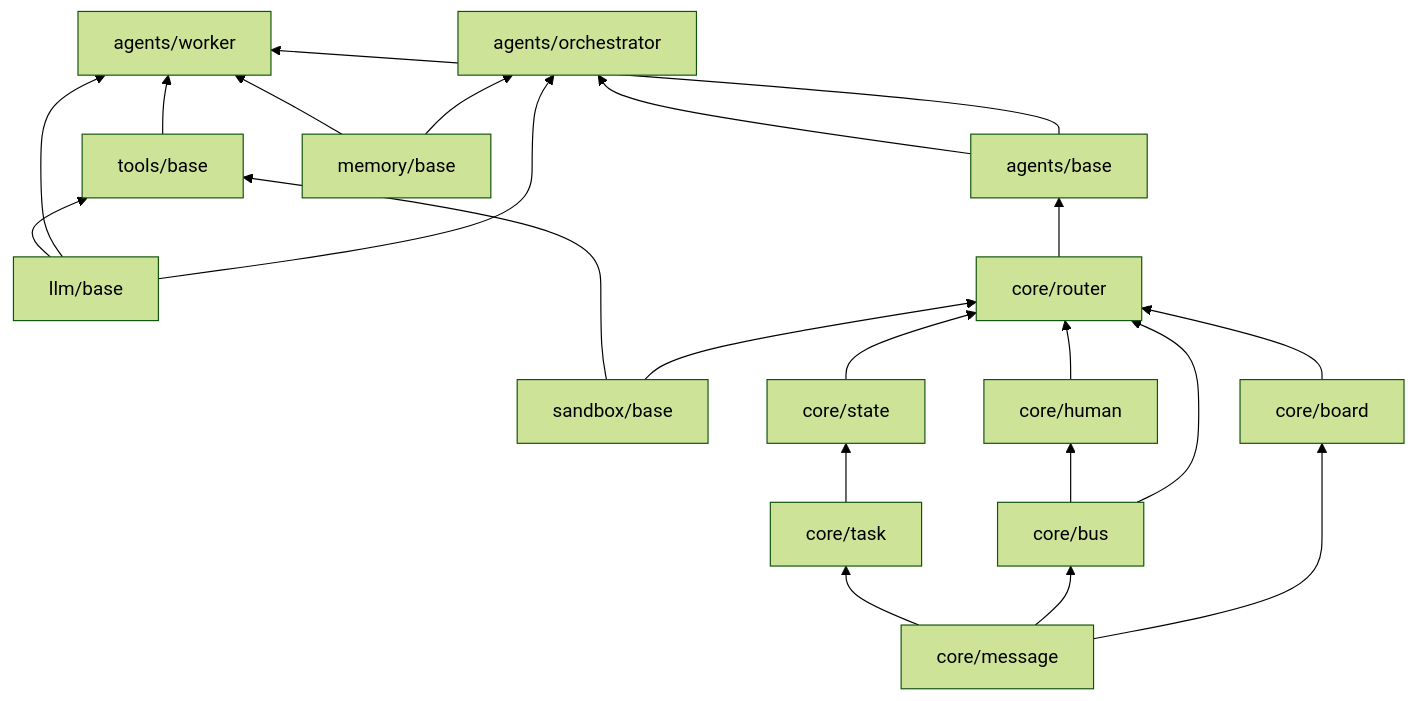
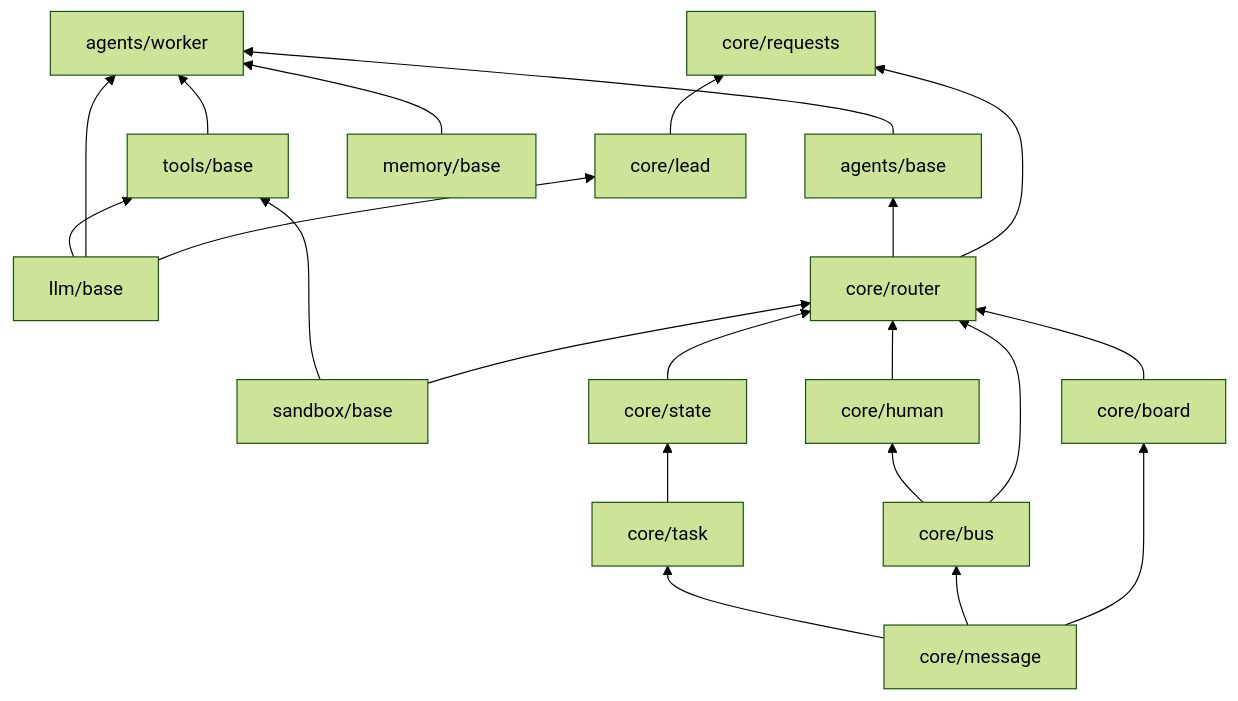
The diagram in docs/interfaces.md (Old-Older/Multi-Agent-Project), drawn with Mermaid (forest theme) before and after one commit. The commit also changed other lines of this file and 7 other files, not shown here.

First line of the commit message:
docs: write the architecture document and bring the other docs up to date

````diff
--- a/docs/interfaces.md
+++ b/docs/interfaces.md
@@ -37,16 +40,16 @@
 ```mermaid
 flowchart BT
     msg[core/message] --> task[core/task]
     llm[llm/base] --> tools[tools/base]
     sandbox[sandbox/base] --> tools
     msg --> bus[core/bus]
     bus --> human[core/human]
     task --> state[core/state]
     msg --> board[core/board]
     bus & state & board & human & sandbox --> router[core/router]
     router --> base[agents/base]
-    base --> orch[agents/orchestrator]
     base --> worker[agents/worker]
     tools & llm & mem[memory/base] --> worker
-    llm & mem --> orch
+    llm --> lead[core/lead]
+    router & lead --> requests[core/requests]
 ```
````
